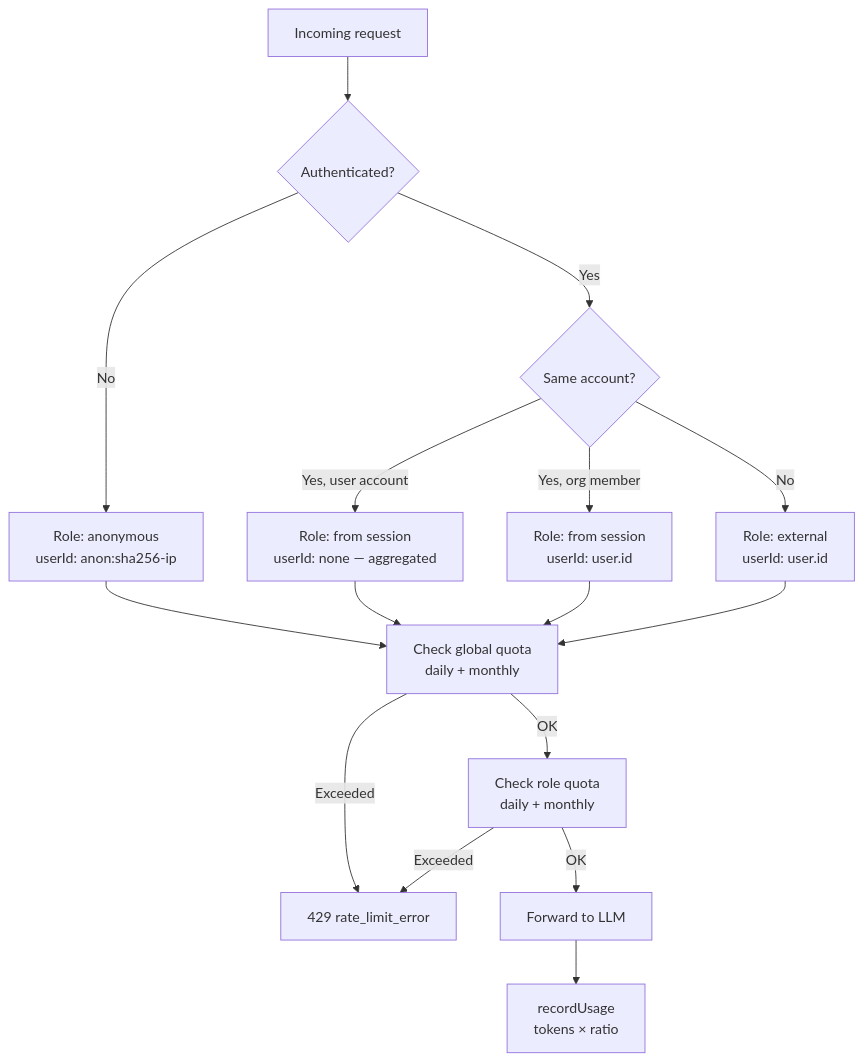
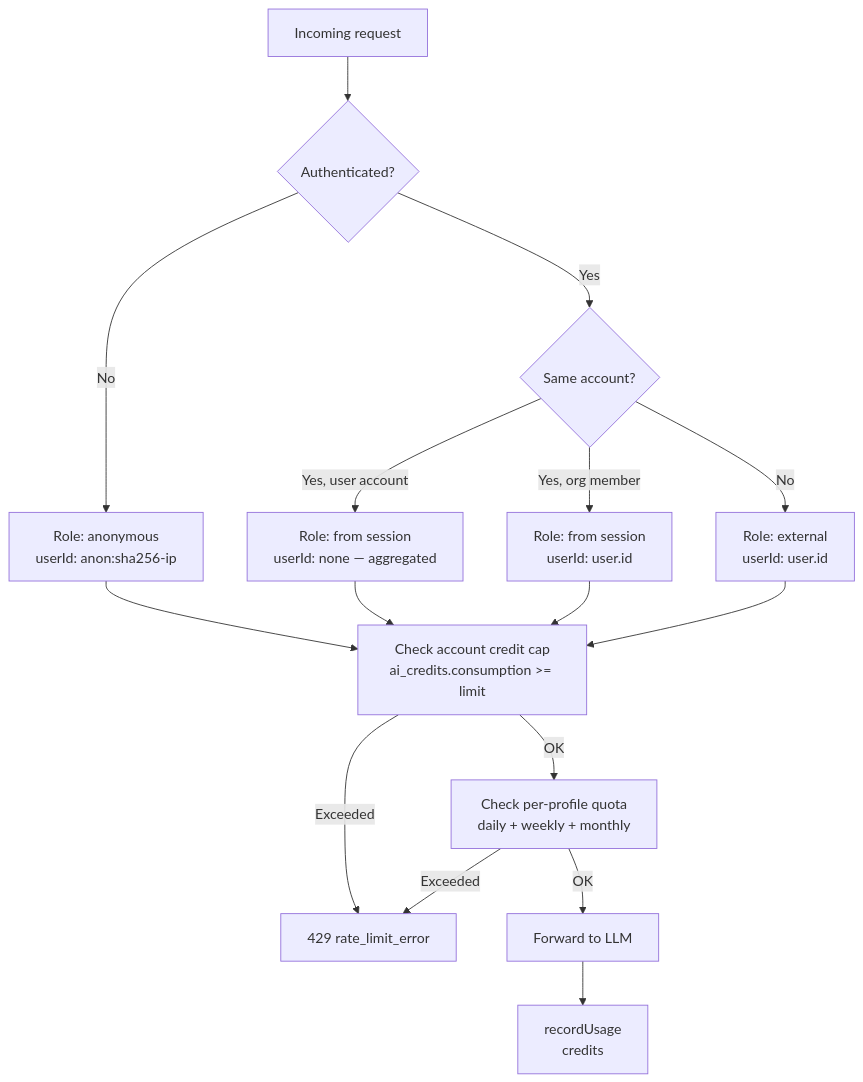
The diagram in docs/architecture/quotas-usage.md (data-fair/agents), drawn with Mermaid before and after one commit. The commit also changed other lines of this file and 145 other files, not shown here.

Commit message:
feat(config): global providers/models, per-class pricing, credit caps (#67)

````diff
--- a/docs/architecture/quotas-usage.md
+++ b/docs/architecture/quotas-usage.md
@@ -5,24 +5,24 @@
 ```mermaid
 flowchart TD
   Req[Incoming request] --> Auth{Authenticated?}
 
   Auth -->|No| Anon[Role: anonymous<br/>userId: anon:sha256-ip]
   Auth -->|Yes| Same{Same account?}
 
   Same -->|Yes, user account| UserOwner[Role: from session<br/>userId: none — aggregated]
   Same -->|Yes, org member| OrgMember[Role: from session<br/>userId: user.id]
   Same -->|No| External[Role: external<br/>userId: user.id]
 
-  Anon --> GQ[Check global quota<br/>daily + monthly]
-  UserOwner --> GQ
-  OrgMember --> GQ
-  External --> GQ
+  Anon --> CC[Check account credit cap<br/>ai_credits.consumption >= limit]
+  UserOwner --> CC
+  OrgMember --> CC
+  External --> CC
 
-  GQ -->|OK| RQ[Check role quota<br/>daily + monthly]
-  GQ -->|Exceeded| R429[429 rate_limit_error]
+  CC -->|OK| RQ[Check per-profile quota<br/>daily + weekly + monthly]
+  CC -->|Exceeded| R429[429 rate_limit_error]
 
   RQ -->|OK| LLM[Forward to LLM]
   RQ -->|Exceeded| R429
 
-  LLM --> Record[recordUsage<br/>tokens × ratio]
+  LLM --> Record[recordUsage<br/>credits]
 ```
````
